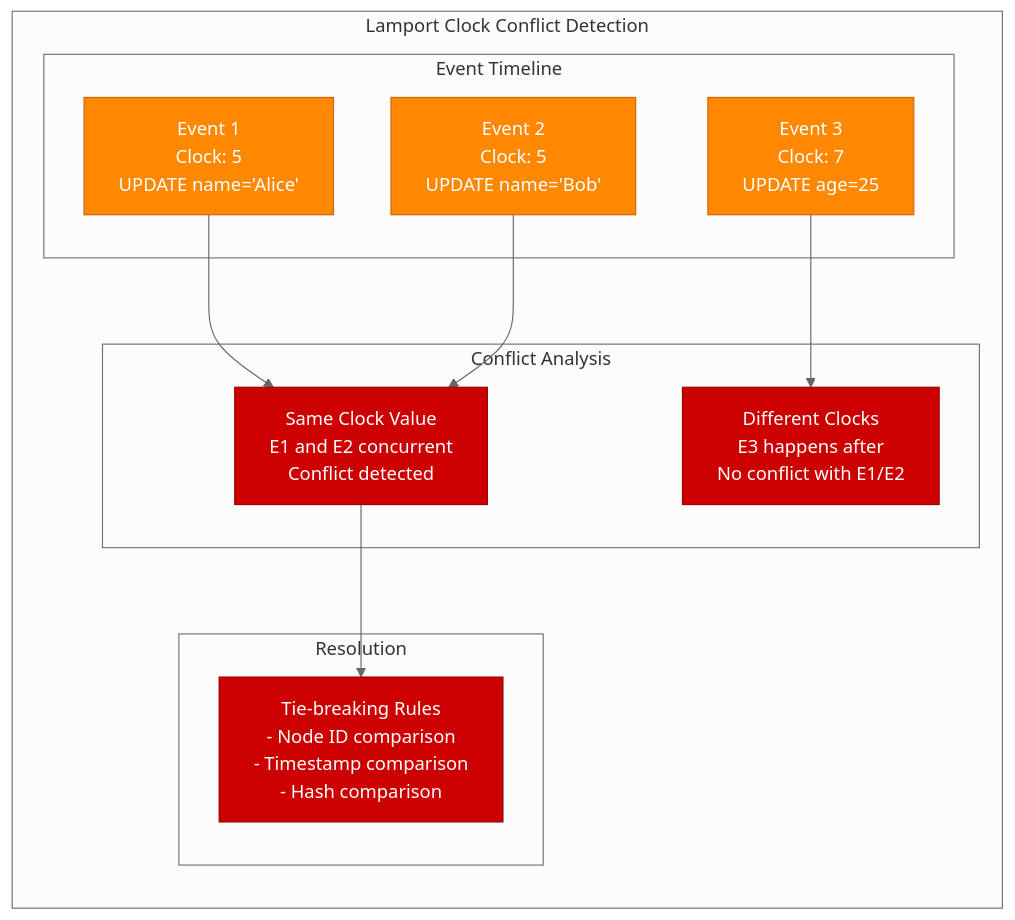
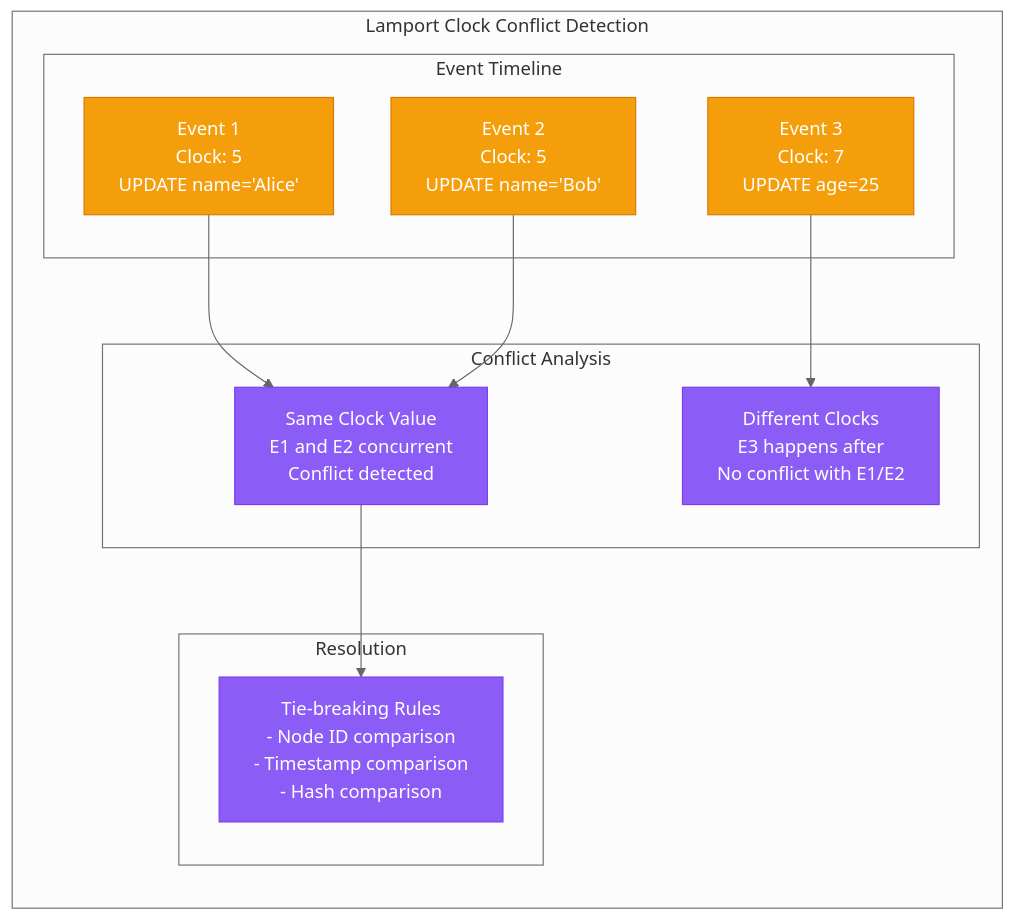
One commit to deepaucksharma/DS changed the third of 7 diagrams in site/docs/mechanisms/replication/replication-conflicts.md. Above: the diagram before and after it, drawn with Mermaid (neutral theme). The commit also changed other lines of this file and 303 other files, not shown here.

````diff
--- a/site/docs/mechanisms/replication/replication-conflicts.md
+++ b/site/docs/mechanisms/replication/replication-conflicts.md
@@ -91,31 +91,31 @@
 ```mermaid
 graph LR
     subgraph "Lamport Clock Conflict Detection"
         subgraph "Event Timeline"
             E1[Event 1<br/>Clock: 5<br/>UPDATE name='Alice']
             E2[Event 2<br/>Clock: 5<br/>UPDATE name='Bob']
             E3[Event 3<br/>Clock: 7<br/>UPDATE age=25]
         end
 
         subgraph "Conflict Analysis"
             CONCURRENT[Same Clock Value<br/>E1 and E2 concurrent<br/>Conflict detected]
             ORDERED[Different Clocks<br/>E3 happens after<br/>No conflict with E1/E2]
         end
 
         subgraph "Resolution"
             TIE_BREAK[Tie-breaking Rules<br/>- Node ID comparison<br/>- Timestamp comparison<br/>- Hash comparison]
         end
     end
 
     E1 --> CONCURRENT
     E2 --> CONCURRENT
     E3 --> ORDERED
     CONCURRENT --> TIE_BREAK
 
     %% Apply colors
-    classDef stateStyle fill:#FF8800,stroke:#CC6600,color:#fff
-    classDef controlStyle fill:#CC0000,stroke:#990000,color:#fff
+    classDef stateStyle fill:#F59E0B,stroke:#D97706,color:#fff
+    classDef controlStyle fill:#8B5CF6,stroke:#7C3AED,color:#fff
 
     class E1,E2,E3 stateStyle
     class CONCURRENT,ORDERED,TIE_BREAK controlStyle
 ```
````
